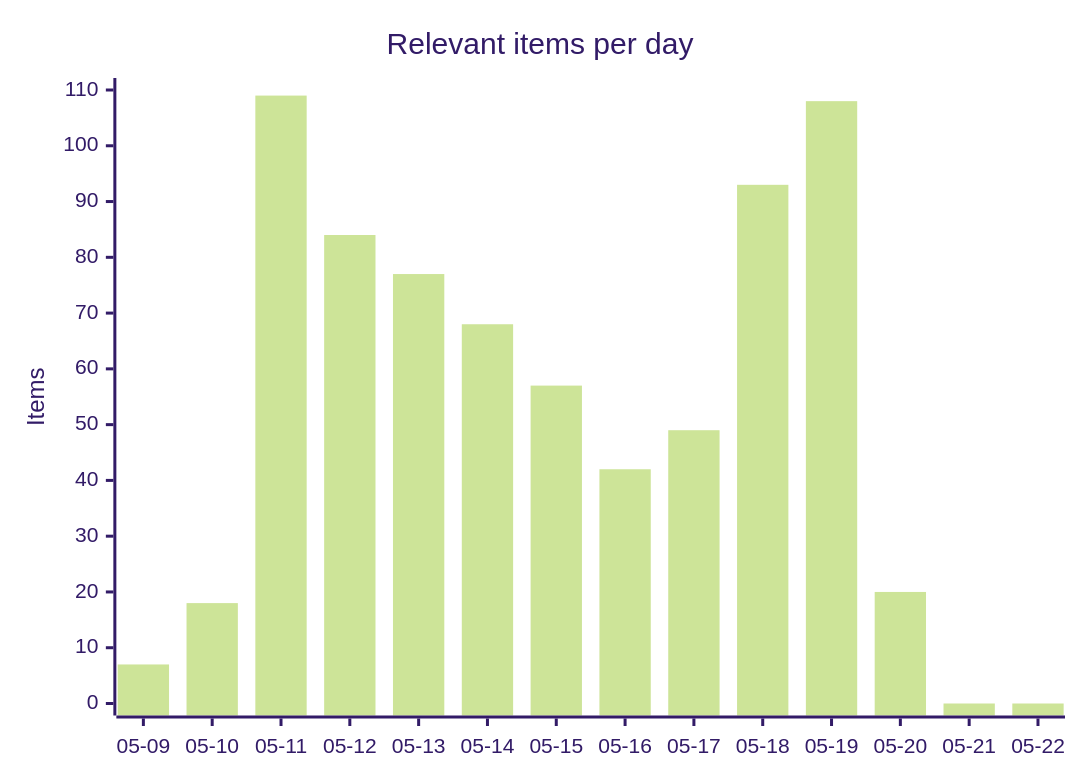
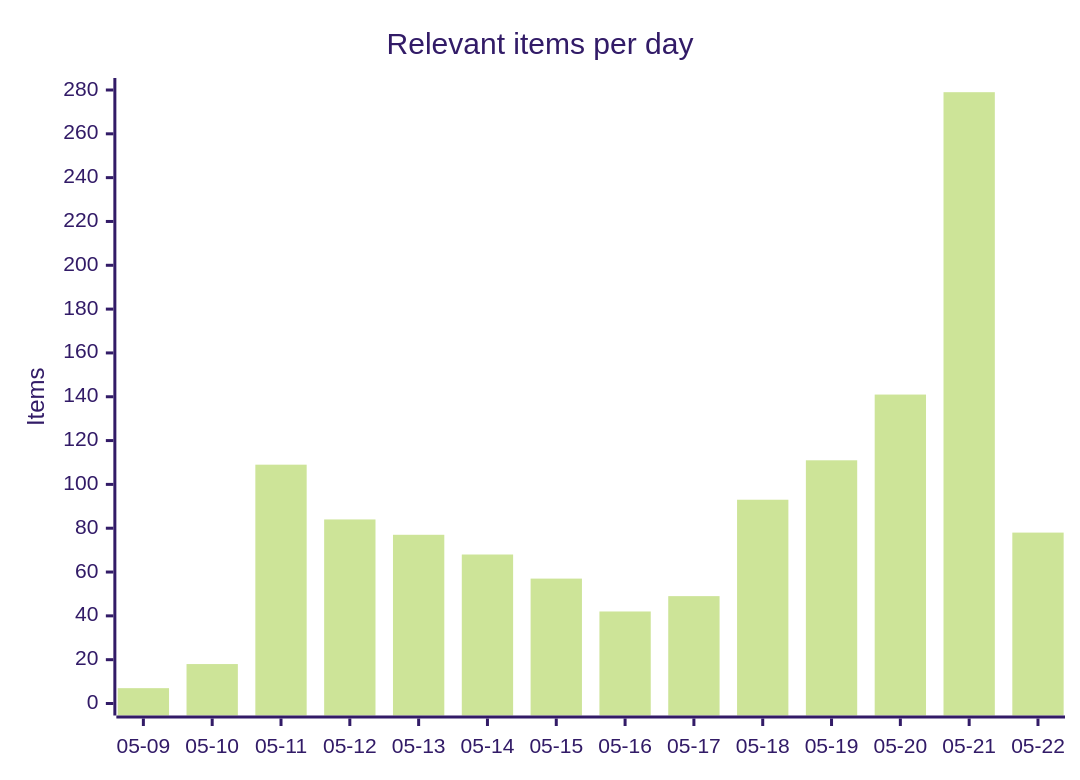
The first of 4 diagrams in README.md (martinbalfanz/social-scanner-reports), drawn with Mermaid (forest theme) before and after one commit. The commit also changed other lines of this file and 4 other files, not shown here.

````diff
--- a/README.md
+++ b/README.md
@@ -30,7 +30,7 @@
 ```mermaid
 xychart-beta
     title "Relevant items per day"
     x-axis ["05-09", "05-10", "05-11", "05-12", "05-13", "05-14", "05-15", "05-16", "05-17", "05-18", "05-19", "05-20", "05-21", "05-22"]
-    y-axis "Items" 0 --> 110
-    bar [7, 18, 109, 84, 77, 68, 57, 42, 49, 93, 108, 20, 0, 0]
+    y-axis "Items" 0 --> 280
+    bar [7, 18, 109, 84, 77, 68, 57, 42, 49, 93, 111, 141, 279, 78]
 ```
````
